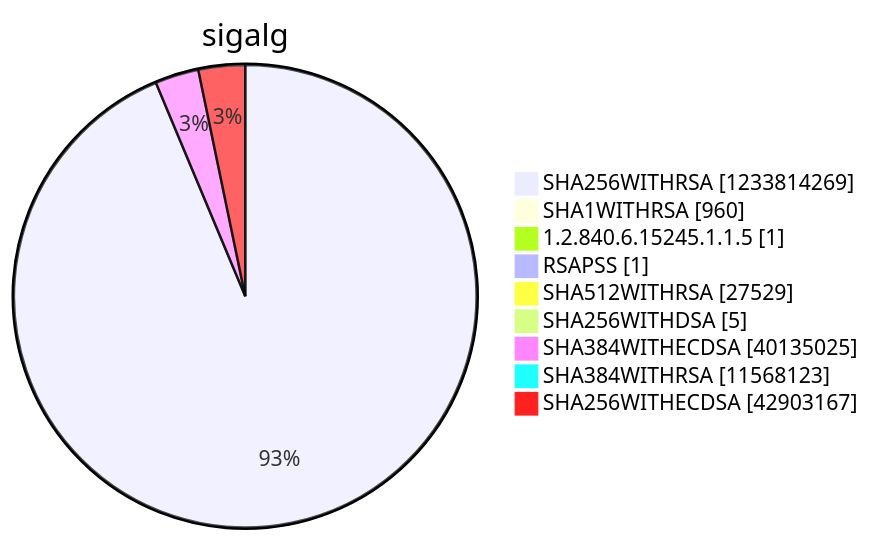
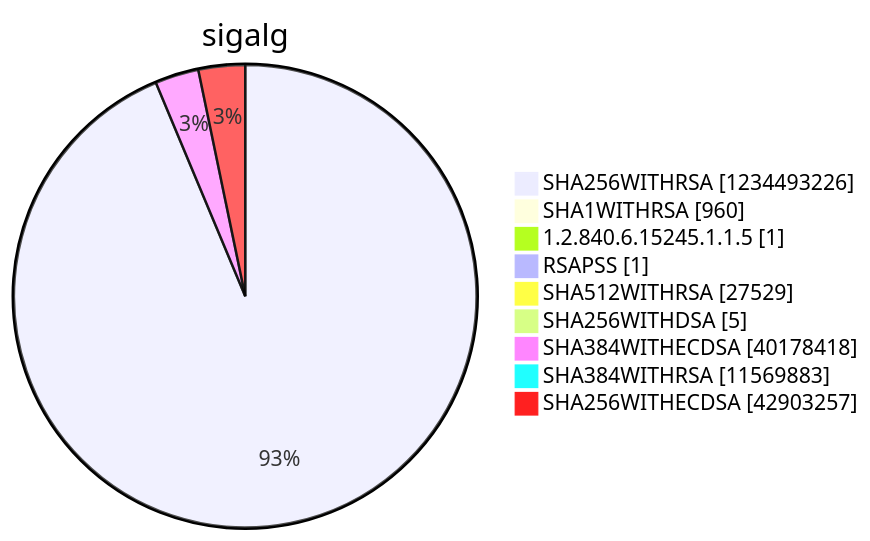
Before and after one commit to christiankrug/ctmonitor_visualization: diagram 15 of 15 in argon2022/README.md, drawn with Mermaid. The commit also changed other lines of this file, not shown here.

````diff
--- a/argon2022/README.md
+++ b/argon2022/README.md
@@ -5522,13 +5522,13 @@
 ```mermaid
 pie showData
 title sigalg
-"SHA256WITHRSA" :1233814269
+"SHA256WITHRSA" :1234493226
 "SHA1WITHRSA" :960
 "1.2.840.6.15245.1.1.5" :1
 "RSAPSS" :1
 "SHA512WITHRSA" :27529
 "SHA256WITHDSA" :5
-"SHA384WITHECDSA" :40135025
-"SHA384WITHRSA" :11568123
-"SHA256WITHECDSA" :42903167
+"SHA384WITHECDSA" :40178418
+"SHA384WITHRSA" :11569883
+"SHA256WITHECDSA" :42903257
 ```
````
